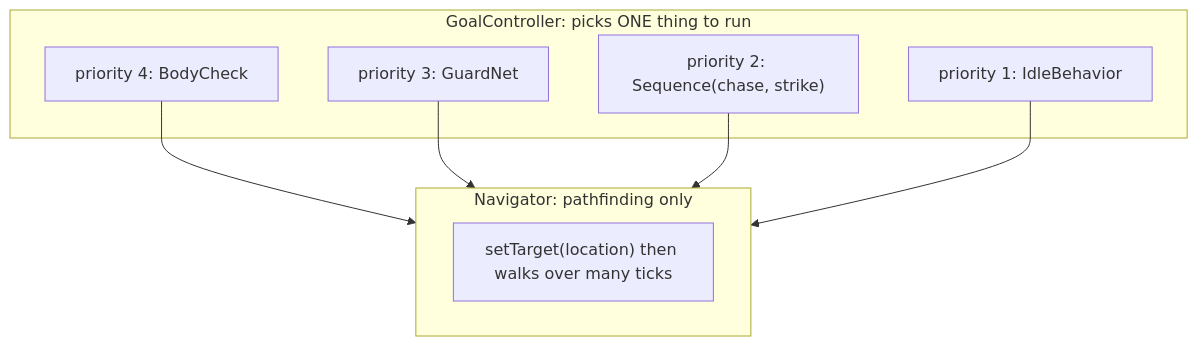
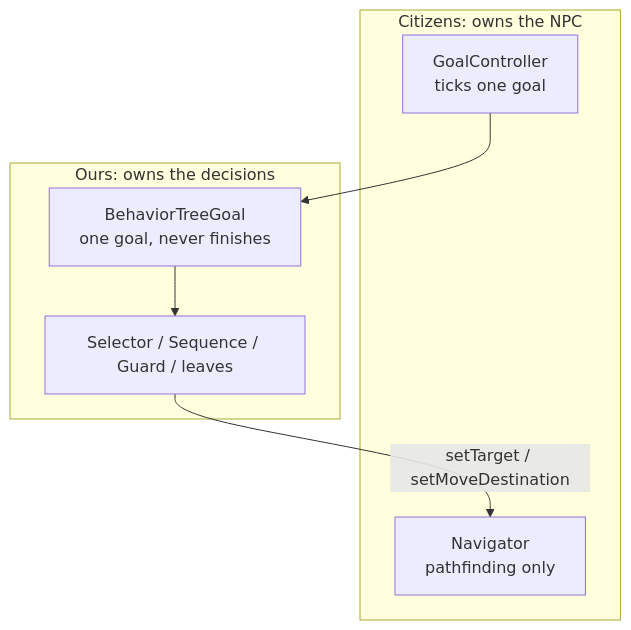
Before and after one commit to denmeh/RinkRival: the first of 4 diagrams in docs/behavior-tree.md, drawn with Mermaid. The commit also changed other lines of this file and 20 other files, not shown here.

Commit message:
replace goal priorities with a reactive behavior tree

````diff
--- a/docs/behavior-tree.md
+++ b/docs/behavior-tree.md
@@ -12,16 +16,14 @@
 ```mermaid
 flowchart TD
-  subgraph scheduler [GoalController: picks ONE thing to run]
-    prio4["priority 4: BodyCheck"]
-    prio3["priority 3: GuardNet"]
-    prio2["priority 2: Sequence(chase, strike)"]
-    prio1["priority 1: IdleBehavior"]
+  subgraph cit [Citizens: owns the NPC]
+    goal["GoalController<br/>ticks one goal"]
+    nav["Navigator<br/>pathfinding only"]
   end
-  subgraph nav [Navigator: pathfinding only]
-    path["setTarget(location) then walks over many ticks"]
+  subgraph ours [Ours: owns the decisions]
+    bridge["BehaviorTreeGoal<br/>one goal, never finishes"]
+    tree["Selector / Sequence / Guard / leaves"]
   end
-  prio4 --> nav
-  prio3 --> nav
-  prio2 --> nav
-  prio1 --> nav
+  goal --> bridge
+  bridge --> tree
+  tree -->|"setTarget / setMoveDestination"| nav
 ```
````
